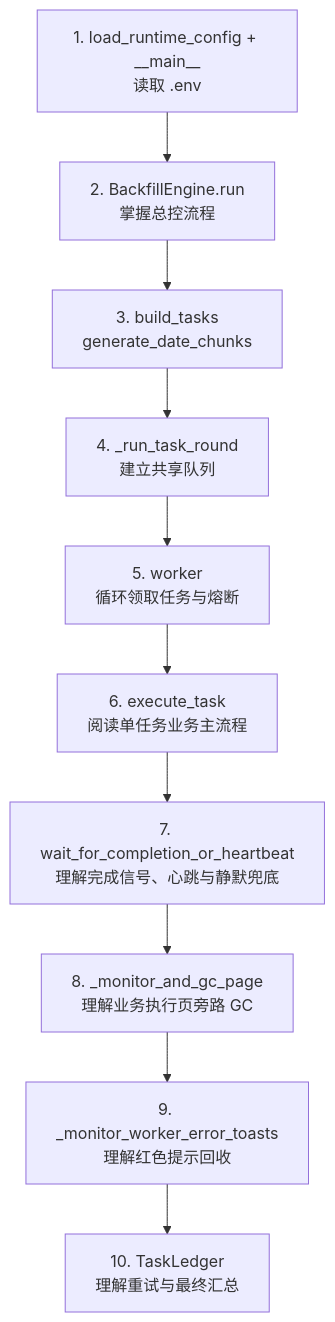
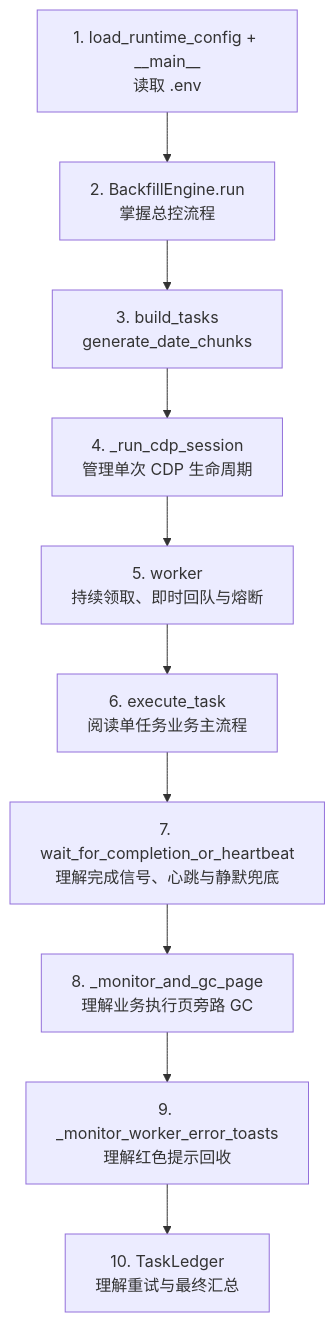
Before and after one commit to liao084/BitBrowser-Backfill-Engine: the third of 15 diagrams in ARCHITECTURE.md, drawn with Mermaid. The commit also changed other lines of this file and 7 other files, not shown here.

````diff
--- a/ARCHITECTURE.md
+++ b/ARCHITECTURE.md
@@ -129,12 +132,12 @@
 ```mermaid
 flowchart TD
     A["1. load_runtime_config + __main__<br/>读取 .env"] --> B["2. BackfillEngine.run<br/>掌握总控流程"]
     B --> C["3. build_tasks<br/>generate_date_chunks"]
-    C --> D["4. _run_task_round<br/>建立共享队列"]
-    D --> E["5. worker<br/>循环领取任务与熔断"]
+    C --> D["4. _run_cdp_session<br/>管理单次 CDP 生命周期"]
+    D --> E["5. worker<br/>持续领取、即时回队与熔断"]
     E --> F["6. execute_task<br/>阅读单任务业务主流程"]
     F --> G["7. wait_for_completion_or_heartbeat<br/>理解完成信号、心跳与静默兜底"]
     G --> H["8. _monitor_and_gc_page<br/>理解业务执行页旁路 GC"]
     H --> I["9. _monitor_worker_error_toasts<br/>理解红色提示回收"]
     I --> J["10. TaskLedger<br/>理解重试与最终汇总"]
 ```
````
